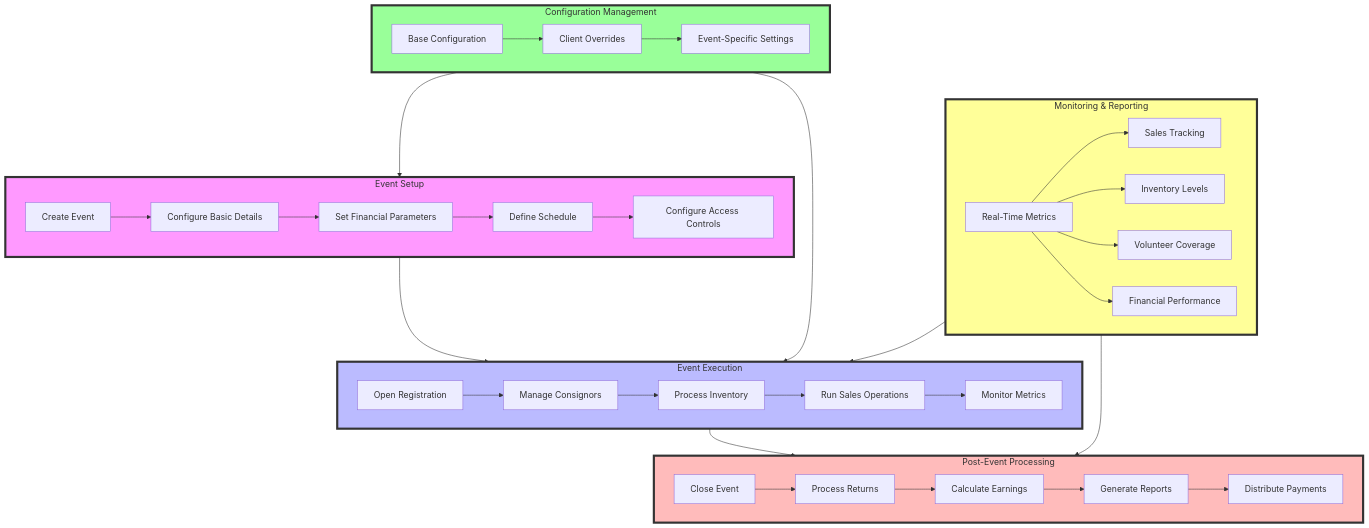
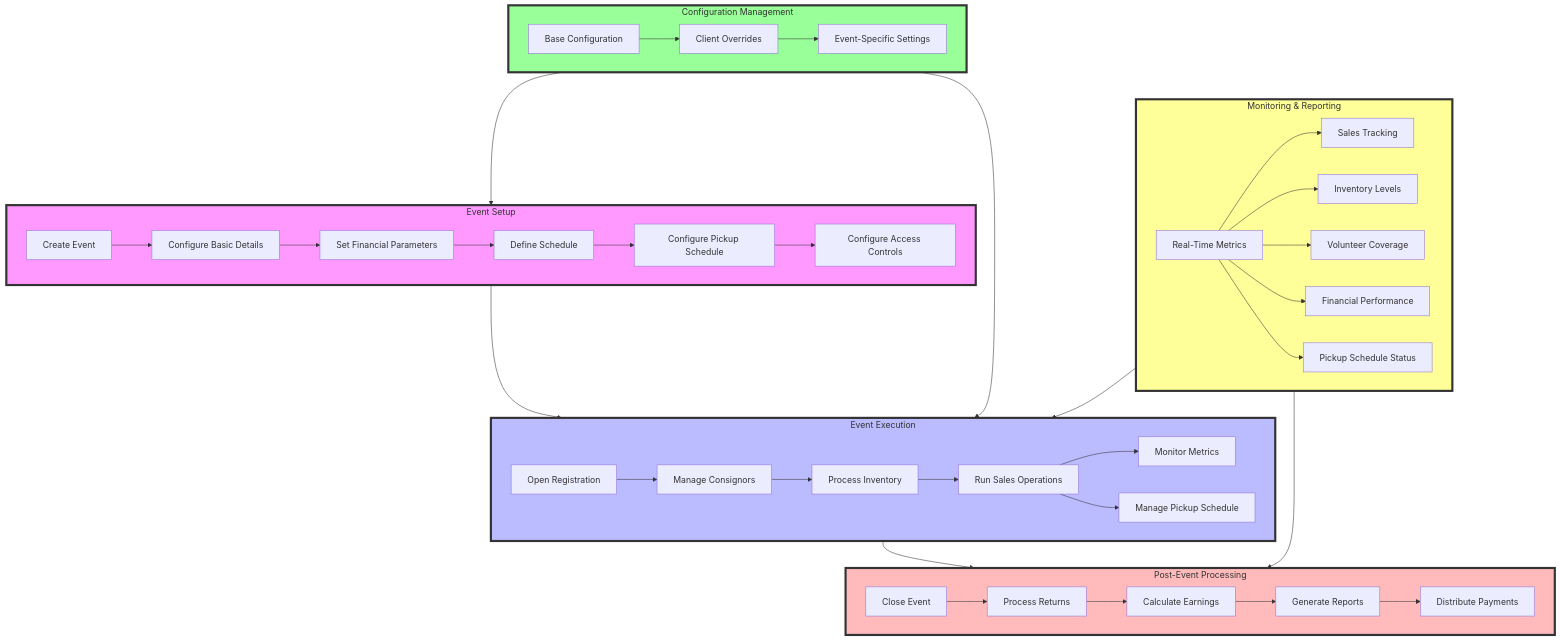
Before and after one commit to atEverychance/ProjectCR: the diagram in docs/diagrams/flows/event-management-flow.mmd, drawn with Mermaid. The commit also changed 13 other files, not shown here.

```diff
--- a/docs/diagrams/flows/event-management-flow.mmd
+++ b/docs/diagrams/flows/event-management-flow.mmd
@@ -1,46 +1,49 @@
 flowchart TD
     subgraph Setup[Event Setup]
         A1[Create Event] --> A2[Configure Basic Details]
         A2 --> A3[Set Financial Parameters]
         A3 --> A4[Define Schedule]
-        A4 --> A5[Configure Access Controls]
+        A4 --> A5[Configure Pickup Schedule]
+        A5 --> A6[Configure Access Controls]
     end
 
     subgraph Execution[Event Execution]
         B1[Open Registration] --> B2[Manage Consignors]
         B2 --> B3[Process Inventory]
         B3 --> B4[Run Sales Operations]
         B4 --> B5[Monitor Metrics]
+        B4 --> B6[Manage Pickup Schedule]
     end
 
     subgraph PostEvent[Post-Event Processing]
         C1[Close Event] --> C2[Process Returns]
         C2 --> C3[Calculate Earnings]
         C3 --> C4[Generate Reports]
         C4 --> C5[Distribute Payments]
     end
 
     subgraph Configuration[Configuration Management]
         D1[Base Configuration] --> D2[Client Overrides]
         D2 --> D3[Event-Specific Settings]
     end
 
     subgraph Monitoring[Monitoring & Reporting]
         E1[Real-Time Metrics] --> E2[Sales Tracking]
         E1 --> E3[Inventory Levels]
         E1 --> E4[Volunteer Coverage]
         E1 --> E5[Financial Performance]
+        E1 --> E6[Pickup Schedule Status]
     end
 
     Setup --> Execution
     Execution --> PostEvent
     Configuration --> Setup
     Configuration --> Execution
     Monitoring --> Execution
     Monitoring --> PostEvent
 
     style Setup fill:#f9f,stroke:#333,stroke-width:4px
     style Execution fill:#bbf,stroke:#333,stroke-width:4px
     style PostEvent fill:#fbb,stroke:#333,stroke-width:4px
     style Configuration fill:#9f9,stroke:#333,stroke-width:4px
     style Monitoring fill:#ff9,stroke:#333,stroke-width:4px
```
